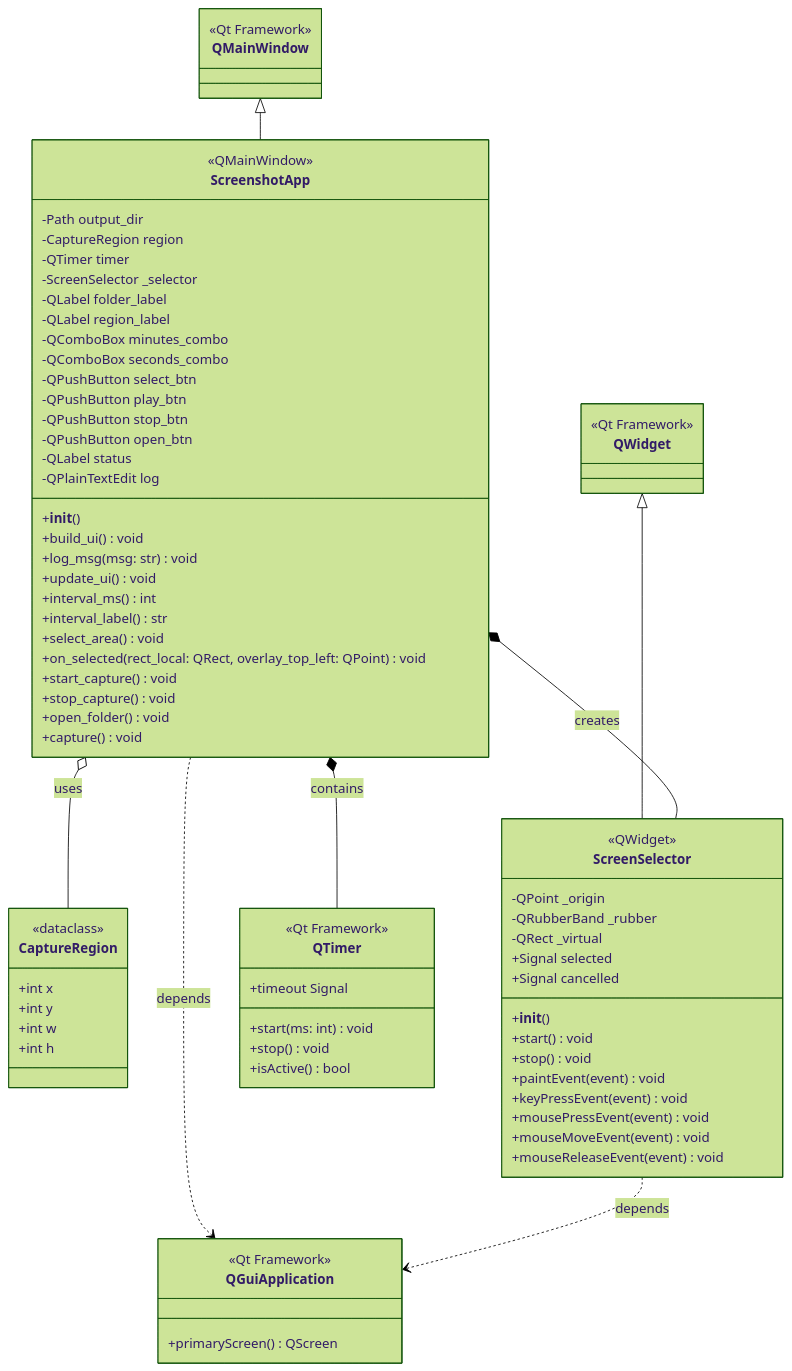
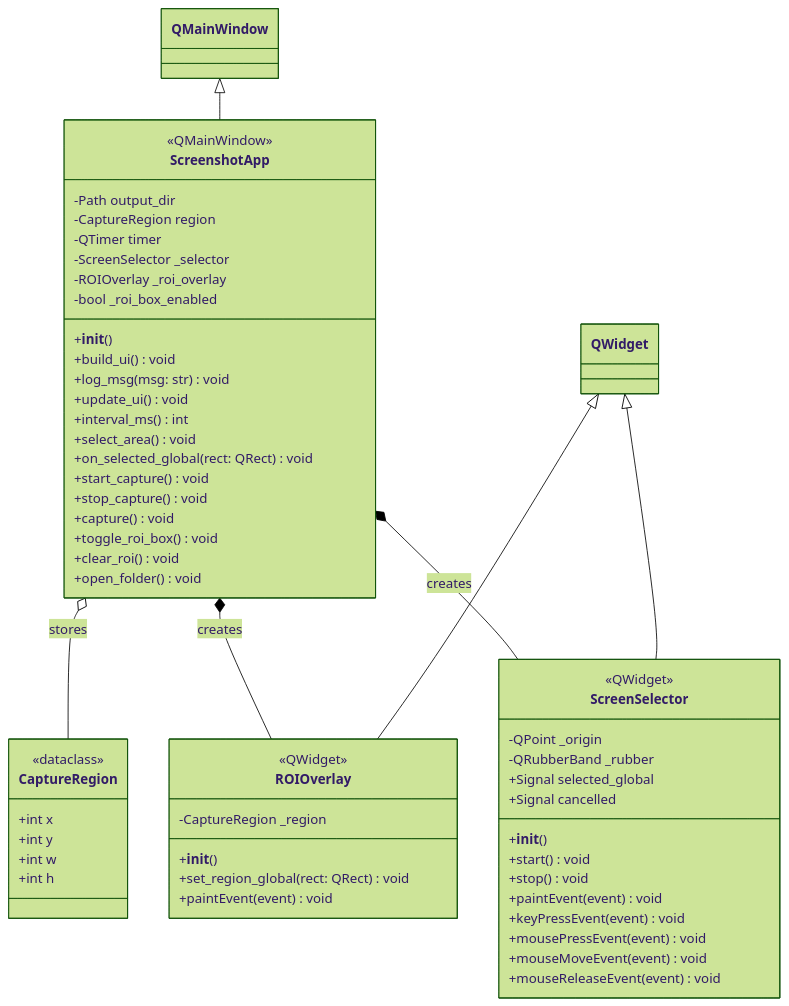
The second of 4 diagrams in docs/UML_DIAGRAMS.md (BlueRogue12/oncoTrack), drawn with Mermaid (forest theme) before and after one commit. The commit also changed other lines of this file and 1 other file, not shown here.

Commit message:
Updated UML diagrams to match current state of project

````diff
--- a/docs/UML_DIAGRAMS.md
+++ b/docs/UML_DIAGRAMS.md
@@ -25,12 +81,19 @@
         +int h
     }
 
+    class ROIOverlay {
+        <<QWidget>>
+        -CaptureRegion _region
+        +__init__()
+        +set_region_global(rect: QRect) void
+        +paintEvent(event) void
+    }
+
     class ScreenSelector {
         <<QWidget>>
         -QPoint _origin
         -QRubberBand _rubber
-        -QRect _virtual
-        +Signal selected
+        +Signal selected_global
         +Signal cancelled
         +__init__()
         +start() void
@@ -48,56 +111,27 @@
         -CaptureRegion region
         -QTimer timer
         -ScreenSelector _selector
-        -QLabel folder_label
-        -QLabel region_label
-        -QComboBox minutes_combo
-        -QComboBox seconds_combo
-        -QPushButton select_btn
-        -QPushButton play_btn
-        -QPushButton stop_btn
-        -QPushButton open_btn
-        -QLabel status
-        -QPlainTextEdit log
+        -ROIOverlay _roi_overlay
+        -bool _roi_box_enabled
         +__init__()
         +build_ui() void
         +log_msg(msg: str) void
         +update_ui() void
         +interval_ms() int
-        +interval_label() str
         +select_area() void
-        +on_selected(rect_local: QRect, overlay_top_left: QPoint) void
+        +on_selected_global(rect: QRect) void
         +start_capture() void
         +stop_capture() void
+        +capture() void
+        +toggle_roi_box() void
+        +clear_roi() void
         +open_folder() void
-        +capture() void
     }
 
-    class QWidget {
-        <<Qt Framework>>
-    }
-
-    class QMainWindow {
-        <<Qt Framework>>
-    }
-
-    class QTimer {
-        <<Qt Framework>>
-        +timeout Signal
-        +start(ms: int) void
-        +stop() void
-        +isActive() bool
-    }
-
-    class QGuiApplication {
-        <<Qt Framework>>
-        +primaryScreen() QScreen
-    }
-
+    QWidget <|-- ROIOverlay
     QWidget <|-- ScreenSelector
     QMainWindow <|-- ScreenshotApp
-    ScreenshotApp o-- CaptureRegion : uses
+    ScreenshotApp o-- CaptureRegion : stores
     ScreenshotApp *-- ScreenSelector : creates
-    ScreenshotApp *-- QTimer : contains
-    ScreenshotApp ..> QGuiApplication : depends
-    ScreenSelector ..> QGuiApplication : depends
+    ScreenshotApp *-- ROIOverlay : creates
 ```
````
